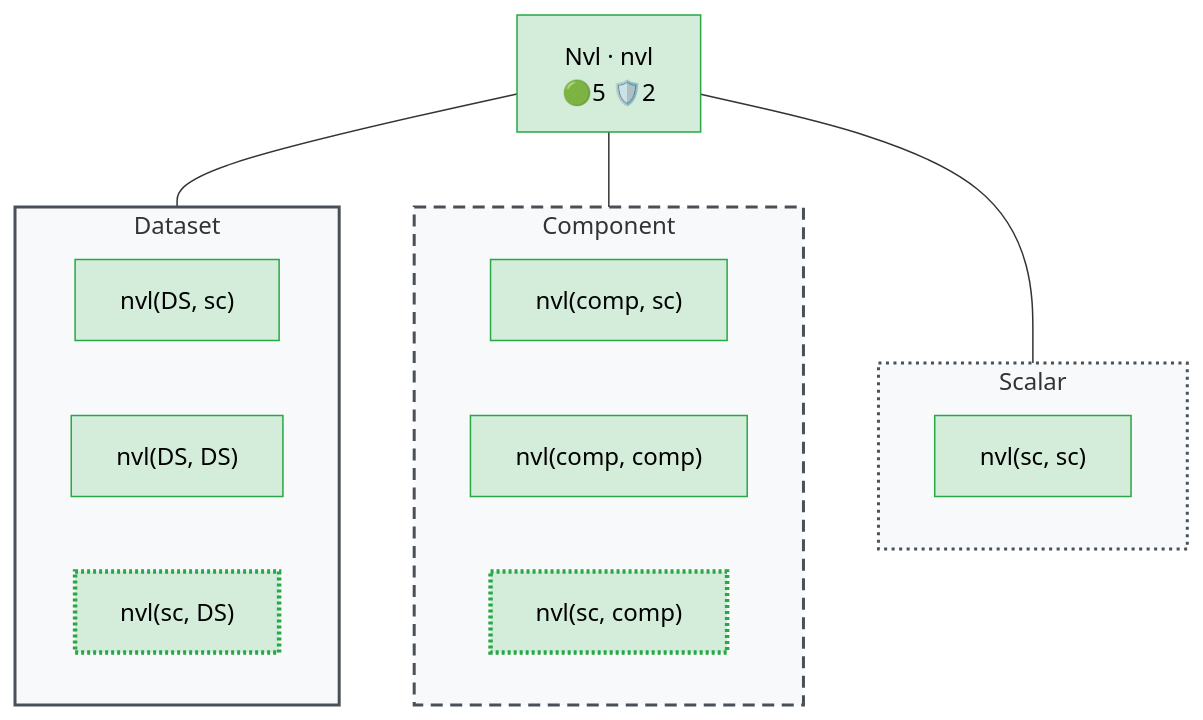
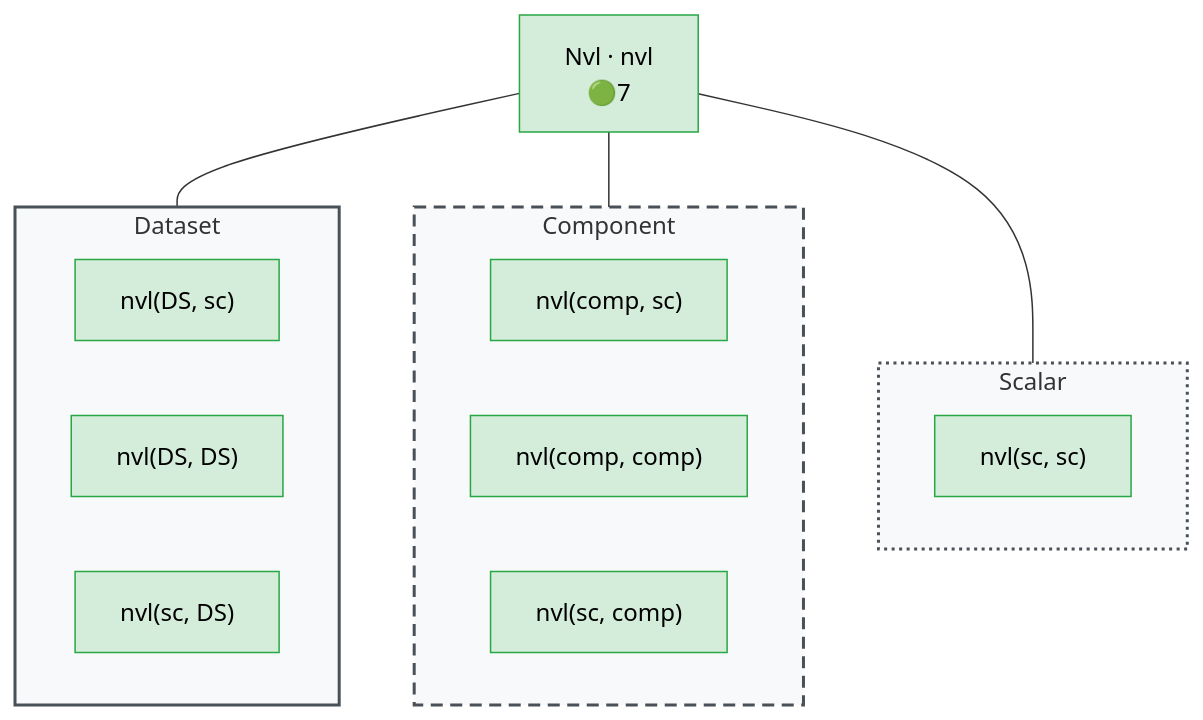
One commit to Meaningful-Data/vtlengine changed the diagram in docs/operator_map/conditional/nvl.rst. Above: the diagram before and after it, drawn with Mermaid. The commit also changed other lines of this file and 154 other files, not shown here.

```diff
--- a/docs/operator_map/conditional/nvl.rst
+++ b/docs/operator_map/conditional/nvl.rst
@@ -21,41 +21,41 @@
 .. mermaid::
    :config: {"flowchart": {"useMaxWidth": false}}
 
    flowchart TB
        classDef ok fill:#d4edda,stroke:#28a745,color:#000
        classDef partial fill:#fff3cd,stroke:#ffc107,color:#000
        classDef refused fill:#d4edda,stroke:#28a745,stroke-width:3px,stroke-dasharray: 2 2,color:#000
        classDef missing fill:#f8d7da,stroke:#dc3545,color:#000
        classDef diverge fill:#cce5ff,stroke:#007bff,color:#000
        classDef block fill:#2b3a4a,stroke:#2b3a4a,color:#fff,font-weight:bold
        classDef ext fill:#fff,stroke:#666,color:#000,stroke-dasharray: 5 5
-       O["Nvl · nvl<br/>🟢5 🛡️2"]:::ok
+       O["Nvl · nvl<br/>🟢7"]:::ok
        subgraph G_ds["Dataset"]
            direction LR
            v_ds_sc["nvl(DS, sc)"]:::ok
            v_ds_ds["nvl(DS, DS)"]:::ok
-           v_sc_ds["nvl(sc, DS)"]:::refused
+           v_sc_ds["nvl(sc, DS)"]:::ok
        end
        subgraph G_comp["Component"]
            direction LR
            v_comp_sc["nvl(comp, sc)"]:::ok
            v_comp_comp["nvl(comp, comp)"]:::ok
-           v_sc_comp["nvl(sc, comp)"]:::refused
+           v_sc_comp["nvl(sc, comp)"]:::ok
        end
        subgraph G_sc["Scalar"]
            direction LR
            v_sc_sc["nvl(sc, sc)"]:::ok
        end
        O --- G_ds
        O --- G_comp
        O --- G_sc
        style G_ds fill:#f8f9fa,stroke:#495057,stroke-width:2px
        style G_comp fill:#f8f9fa,stroke:#495057,stroke-width:2px,stroke-dasharray: 8 5
        style G_sc fill:#f8f9fa,stroke:#495057,stroke-width:2px,stroke-dasharray: 2 3
        click v_ds_sc href "#form-ds-sc"
        click v_ds_ds href "#form-ds-ds"
        click v_sc_ds href "#form-sc-ds"
        click v_comp_sc href "#form-comp-sc"
        click v_comp_comp href "#form-comp-comp"
        click v_sc_comp href "#form-sc-comp"
        click v_sc_sc href "#form-sc-sc"
```
